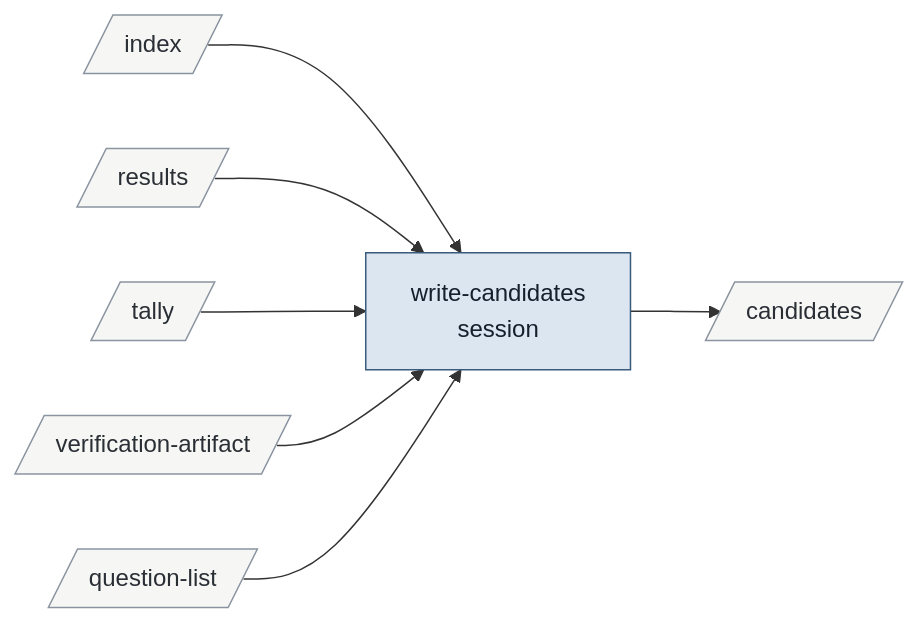
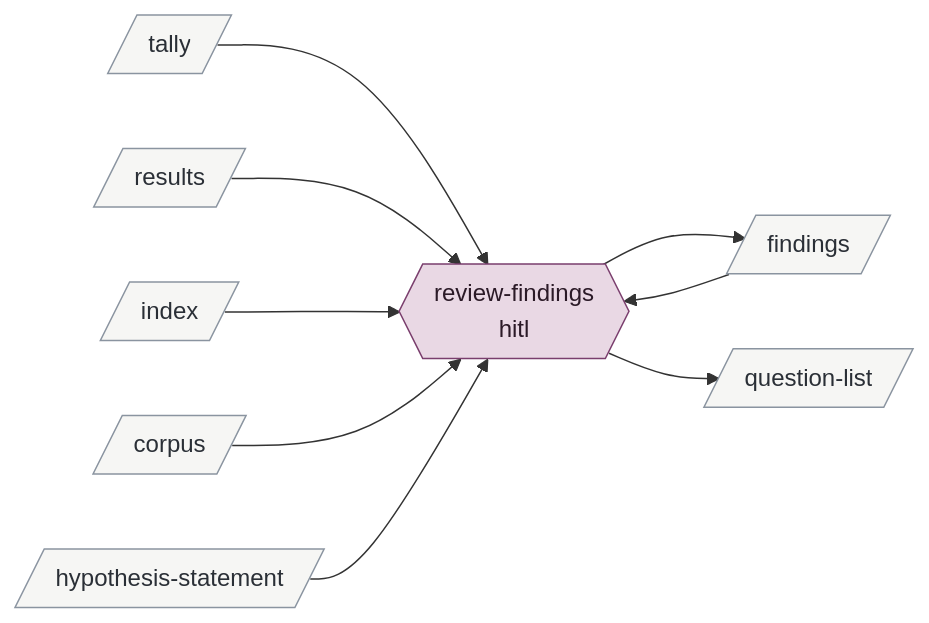
Before and after one commit to bc414/StoryPlanner: the seventh of 15 diagrams in .claude/skills/v3-buildout-2/map.md, drawn with Mermaid. The commit also changed other lines of this file and 40 other files, not shown here.

````diff
--- a/.claude/skills/v3-buildout-2/map.md
+++ b/.claude/skills/v3-buildout-2/map.md
@@ -243,23 +251,26 @@
 ```mermaid
 flowchart LR
   classDef hitl fill:#e9d8e4,stroke:#7a3e6d,color:#2b1a27
   classDef session fill:#dce6f0,stroke:#3b5b7c,color:#14202c
   classDef agent fill:#f5e6c8,stroke:#b7791f,color:#3a2a08
   classDef artifact fill:#f6f6f4,stroke:#8a94a0,color:#2a2f36
   classDef activity fill:#dcebdd,stroke:#4b7f52,color:#122816
   classDef terminus fill:#e4e4ea,stroke:#5b5b7a,color:#1c1c2c
-  writecandidates["write-candidates<br/>session"]:::session
-  candidates[/"candidates"/]:::artifact
+  reviewfindings{{"review-findings<br/>hitl"}}:::hitl
+  corpus[/"corpus"/]:::artifact
+  findings[/"findings"/]:::artifact
+  hypothesisstatement[/"hypothesis-statement"/]:::artifact
   index[/"index"/]:::artifact
   questionlist[/"question-list"/]:::artifact
   results[/"results"/]:::artifact
   tally[/"tally"/]:::artifact
-  verificationartifact[/"verification-artifact"/]:::artifact
 
-  index --> writecandidates
-  results --> writecandidates
-  tally --> writecandidates
-  verificationartifact --> writecandidates
-  questionlist --> writecandidates
-  writecandidates --> candidates
+  findings --> reviewfindings
+  tally --> reviewfindings
+  results --> reviewfindings
+  index --> reviewfindings
+  corpus --> reviewfindings
+  hypothesisstatement --> reviewfindings
+  reviewfindings --> findings
+  reviewfindings --> questionlist
 ```
````
